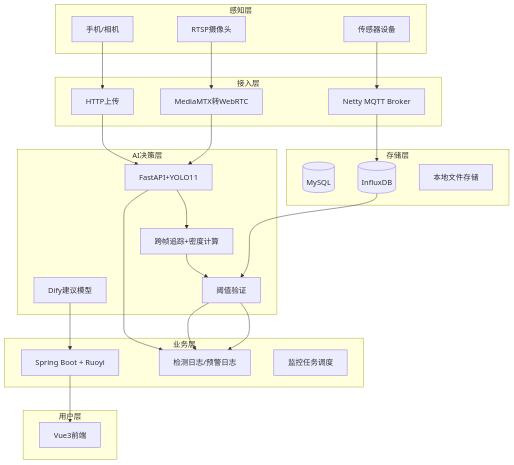
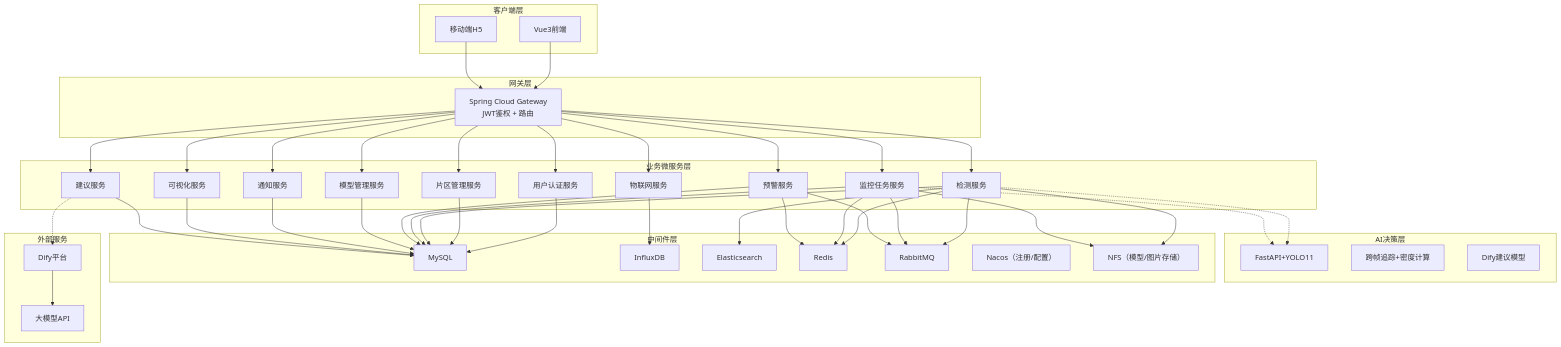
One commit to YanfLIZi56/agri-smart changed the diagram in README.md. Above: the diagram before and after it, drawn with Mermaid. The commit also changed other lines of this file, not shown here.

````diff
--- a/README.md
+++ b/README.md
@@ -9,37 +9,81 @@
 ```mermaid
 graph TB
-    subgraph 感知层
-        A1[手机/相机]
-        A2[RTSP摄像头]
-        A3[传感器设备]
+    subgraph 客户端层
+        F1[Vue3前端]
+        F2[移动端H5]
     end
-    subgraph 接入层
-        B1[HTTP上传]
-        B2[MediaMTX转WebRTC]
-        B3[Netty MQTT Broker]
+    subgraph 网关层
+        G[Spring Cloud Gateway<br/>JWT鉴权 + 路由]
+    end
+    subgraph 业务微服务层
+        S1[用户认证服务]
+        S2[片区管理服务]
+        S3[检测服务]
+        S4[监控任务服务]
+        S5[预警服务]
+        S6[模型管理服务]
+        S7[物联网服务]
+        S8[通知服务]
+        S9[可视化服务]
+        S10[建议服务]
     end
     subgraph AI决策层
         C1[FastAPI+YOLO11]
         C2[跨帧追踪+密度计算]
-        C3[阈值验证]
-        C4[Dify建议模型]
+        C3[Dify建议模型]
     end
-    subgraph 业务层
-        D1[Spring Boot + Ruoyi]
-        D2[检测日志/预警日志]
-        D3[监控任务调度]
+    subgraph 中间件层
+        M1[MySQL]
+        M2[InfluxDB]
+        M3[Elasticsearch]
+        M4[Redis]
+        M5[RabbitMQ]
+        M6[Nacos（注册/配置）]
+        M7[NFS（模型/图片存储）]
     end
-    subgraph 存储层
-        E1[(MySQL)]
-        E2[(InfluxDB)]
-        E3[本地文件存储]
+    subgraph 外部服务
+        E1[Dify平台]
+        E2[大模型API]
     end
-    subgraph 用户层
-        F1[Vue3前端]
-    end
-    A1 --> B1 --> C1 --> D2
-    A2 --> B2 --> C1 --> C2 --> C3 --> D2
-    A3 --> B3 --> E2 --> C3 --> D2
-    C4 --> D1
-    D1 --> F1
+
+    F1 --> G
+    F2 --> G
+    G --> S1
+    G --> S2
+    G --> S3
+    G --> S4
+    G --> S5
+    G --> S6
+    G --> S7
+    G --> S8
+    G --> S9
+    G --> S10
+
+    S3 -.-> C1
+    S4 -.-> C1
+    S10 -.-> E1
+    E1 --> E2
+
+    S1 --> M1
+    S2 --> M1
+    S3 --> M1
+    S3 --> M3
+    S4 --> M1
+    S5 --> M1
+    S6 --> M1
+    S7 --> M2
+    S8 --> M1
+    S9 --> M1
+    S10 --> M1
+
+    S3 --> M4
+    S4 --> M4
+    S5 --> M4
+
+    S3 --> M5
+    S4 --> M5
+    S5 --> M5
+
+    S3 --> M7
+    S4 --> M7
 ```
````
